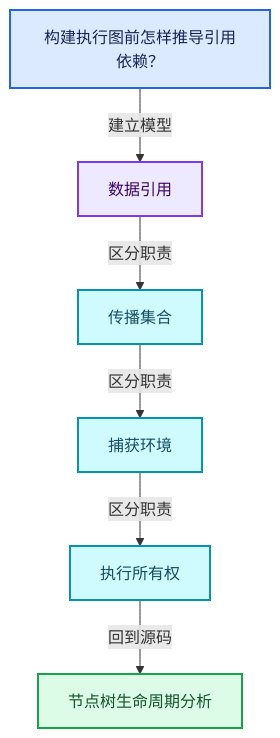
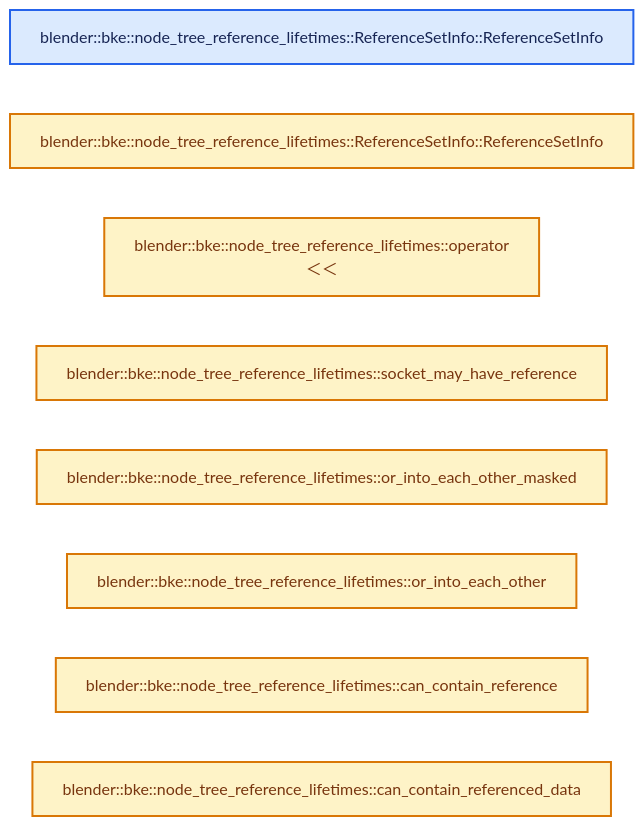
One commit to yunkezengren/blender-.vscode changed the second of 4 diagrams in 杂/markdown/全面学习-codex/10-引用生命周期与Closure/03-节点树生命周期分析.md. Above: the diagram before and after it, drawn with Mermaid. The commit also changed other lines of this file and 1930 other files, not shown here.

````diff
--- a/杂/markdown/全面学习-codex/10-引用生命周期与Closure/03-节点树生命周期分析.md
+++ b/杂/markdown/全面学习-codex/10-引用生命周期与Closure/03-节点树生命周期分析.md
@@ -61,20 +46,17 @@
 ```mermaid
-flowchart TB
-  Q["构建执行图前怎样推导引用依赖？"]:::input
-  C0["数据引用"]:::abstraction
-  C1["传播集合"]:::data
-  C2["捕获环境"]:::data
-  C3["执行所有权"]:::data
-  R["节点树生命周期分析"]:::result
-  Q -->|"建立模型"| C0
-  C0 -->|"区分职责"| C1
-  C1 -->|"区分职责"| C2
-  C2 -->|"区分职责"| C3
-  C3 -->|"回到源码"| R
+flowchart LR
+  F0["blender::bke::node_tree_reference_lifetimes::ReferenceSetInfo::ReferenceSetInfo"]:::input
+  F1["blender::bke::node_tree_reference_lifetimes::ReferenceSetInfo::ReferenceSetInfo"]:::compute
+  F2["blender::bke::node_tree_reference_lifetimes::operator<br/>＜＜"]:::compute
+  F3["blender::bke::node_tree_reference_lifetimes::socket_may_have_reference"]:::compute
+  F4["blender::bke::node_tree_reference_lifetimes::or_into_each_other_masked"]:::compute
+  F5["blender::bke::node_tree_reference_lifetimes::or_into_each_other"]:::compute
+  F6["blender::bke::node_tree_reference_lifetimes::can_contain_reference"]:::compute
+  F7["blender::bke::node_tree_reference_lifetimes::can_contain_referenced_data"]:::compute
   classDef input fill:#DBEAFE,stroke:#2563EB,color:#172554,stroke-width:2px;
   classDef data fill:#CFFAFE,stroke:#0891B2,color:#164E63,stroke-width:2px;
   classDef abstraction fill:#EDE9FE,stroke:#7C3AED,color:#3B0764,stroke-width:2px;
   classDef compute fill:#FEF3C7,stroke:#D97706,color:#78350F,stroke-width:2px;
   classDef result fill:#DCFCE7,stroke:#16A34A,color:#14532D,stroke-width:2px;
   classDef error fill:#FEE2E2,stroke:#DC2626,color:#7F1D1D,stroke-width:2px;
 ```
````
